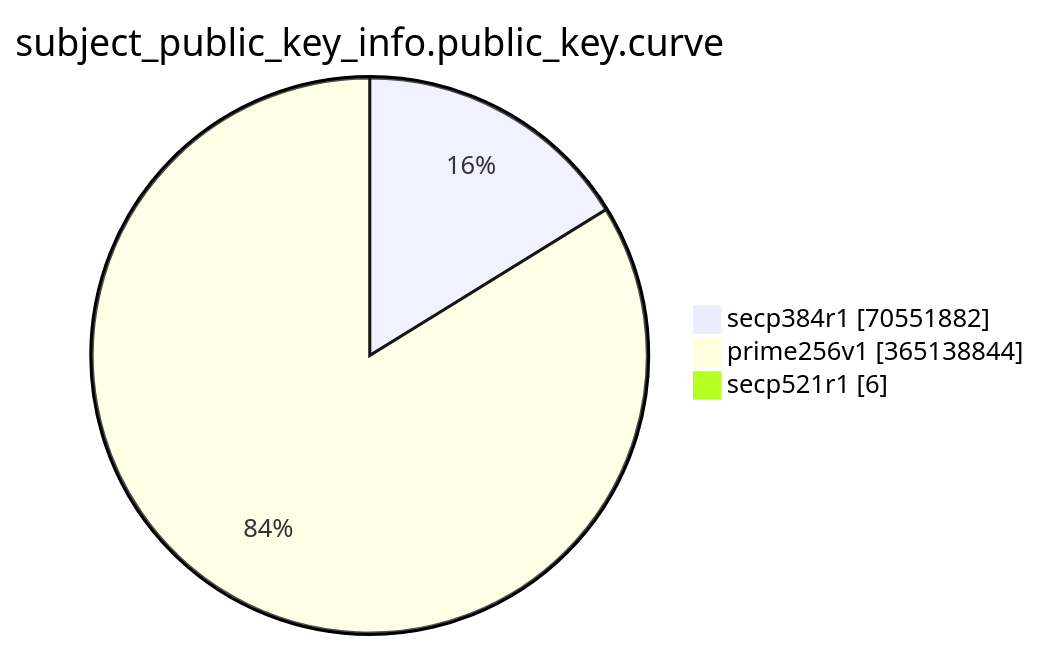
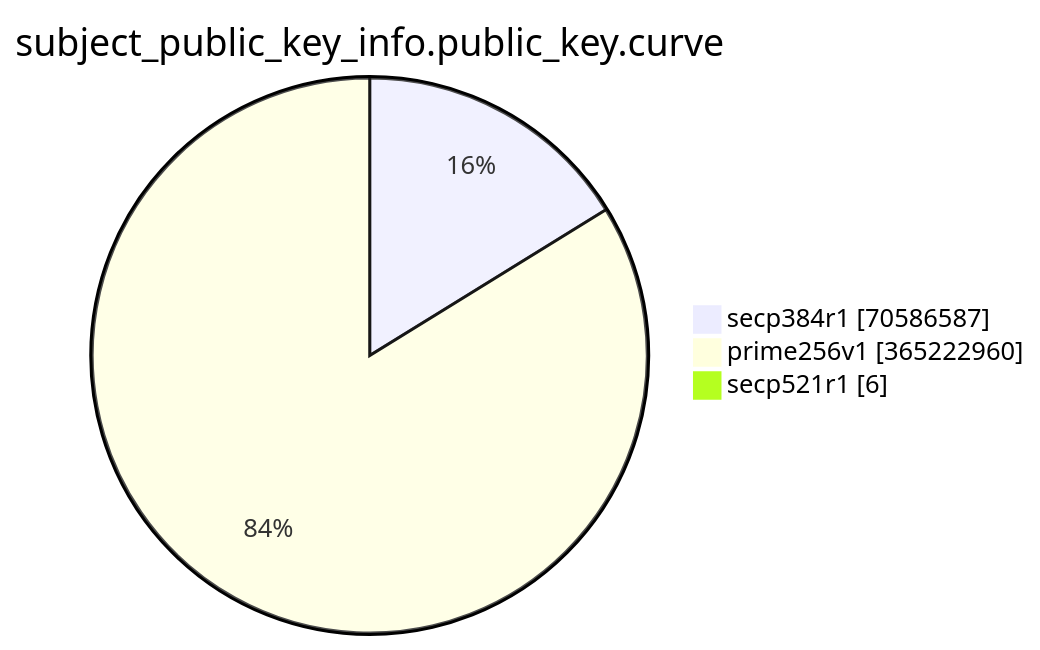
One commit to christiankrug/ctmonitor_visualization changed the eighth of 15 diagrams in TOTAL/README.md. Above: the diagram before and after it, drawn with Mermaid. The commit also changed other lines of this file, not shown here.

````diff
--- a/TOTAL/README.md
+++ b/TOTAL/README.md
@@ -3092,7 +3092,7 @@
 ```mermaid
 pie showData
 title subject_public_key_info.public_key.curve
-"secp384r1" :70551882
-"prime256v1" :365138844
+"secp384r1" :70586587
+"prime256v1" :365222960
 "secp521r1" :6
 ```
````
